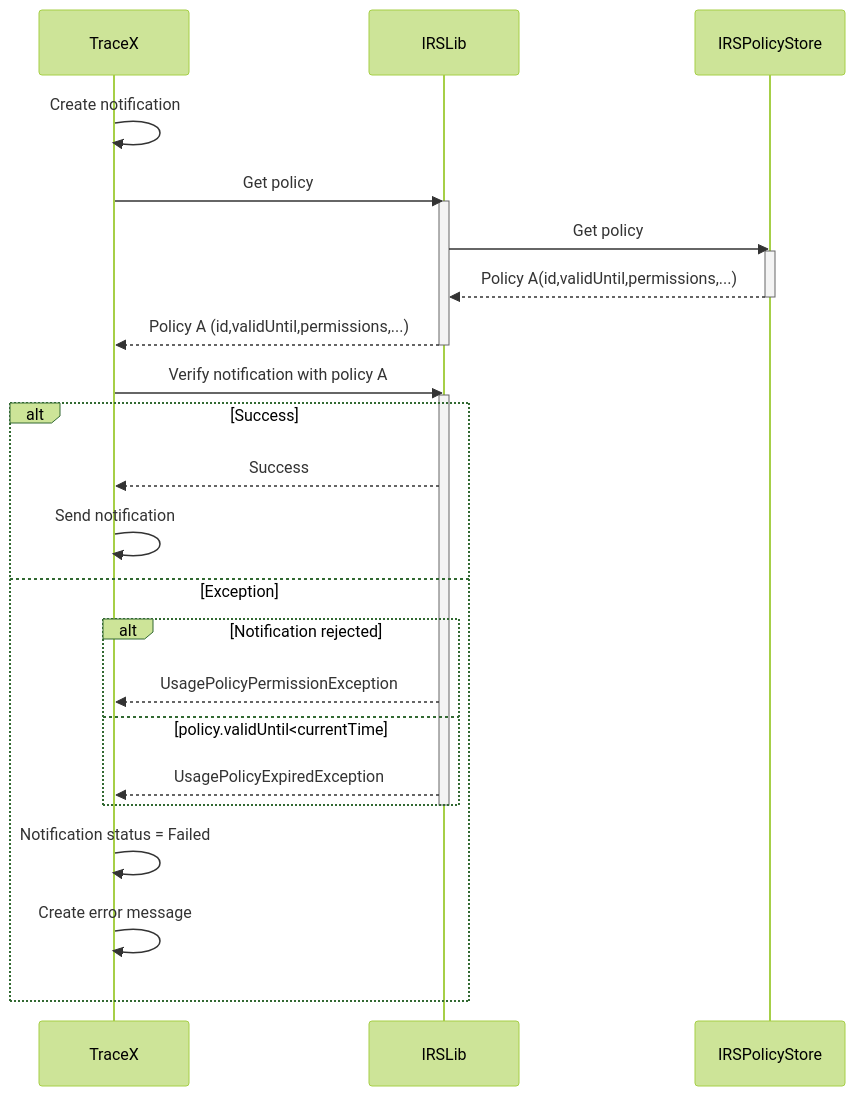
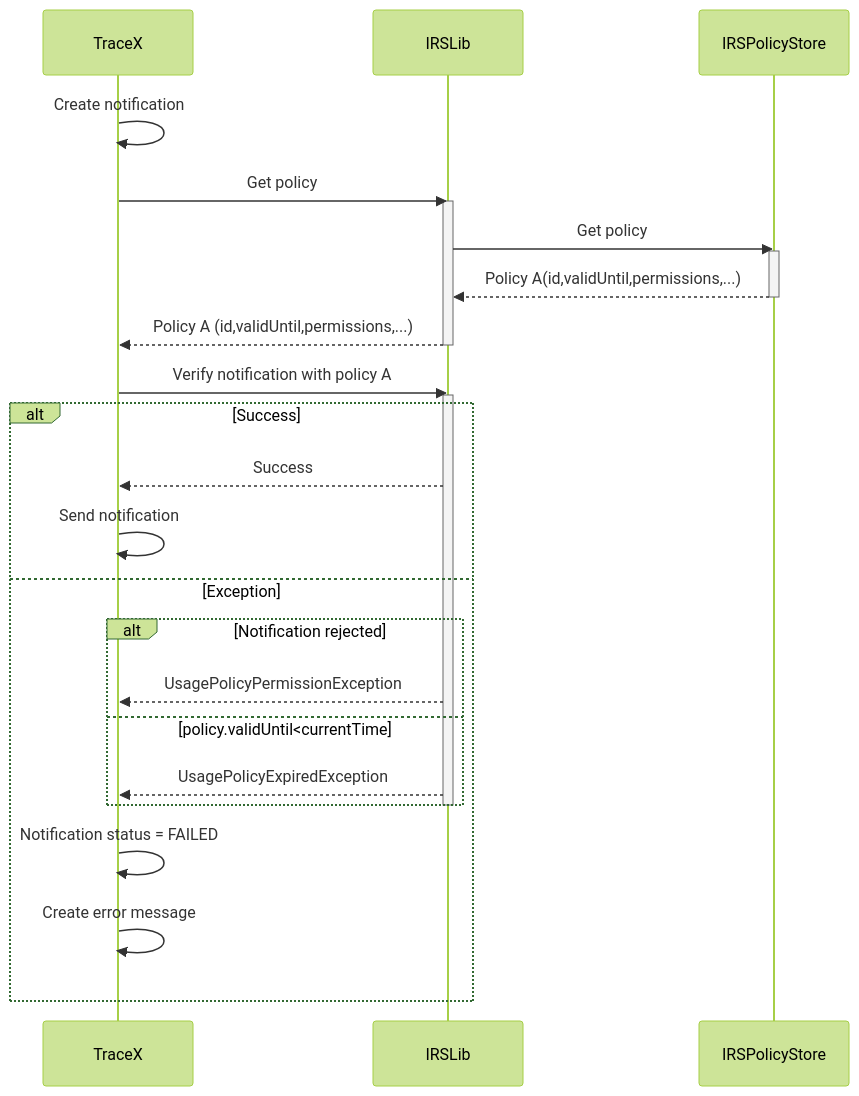
One commit to eclipse-tractusx/traceability-foss changed the diagram in docs/concept/#521-revoked-notification-handling/#521-revoked-notification-handling.md. Above: the diagram before and after it, drawn with Mermaid (forest theme). The commit also changed other lines of this file and 1 other file, not shown here.

````diff
--- a/docs/concept/#521-revoked-notification-handling/#521-revoked-notification-handling.md
+++ b/docs/concept/#521-revoked-notification-handling/#521-revoked-notification-handling.md
@@ -64,30 +66,30 @@
 ```mermaid
 sequenceDiagram
     participant TraceX
     participant IRSLib
     participant IRSPolicyStore
     TraceX->>TraceX: Create notification
     TraceX->>IRSLib: Get policy
     activate IRSLib
     IRSLib->>IRSPolicyStore: Get policy
     activate IRSPolicyStore
     IRSPolicyStore-->>IRSLib: Policy A(id,validUntil,permissions,...)
     deactivate IRSPolicyStore
     IRSLib-->>TraceX: Policy A (id,validUntil,permissions,...)
     deactivate IRSLib
     TraceX->>IRSLib: Verify notification with policy A
     activate IRSLib
     alt Success
         IRSLib-->>TraceX: Success
         TraceX->>TraceX: Send notification
     else Exception
         alt Notification rejected
             IRSLib-->>TraceX: UsagePolicyPermissionException
         else policy.validUntil<currentTime
             IRSLib-->>TraceX: UsagePolicyExpiredException
         end
         deactivate IRSLib
-        TraceX->>TraceX: Notification status = Failed
+        TraceX->>TraceX: Notification status = FAILED
         TraceX->>TraceX: Create error message
     end
 ```
````
